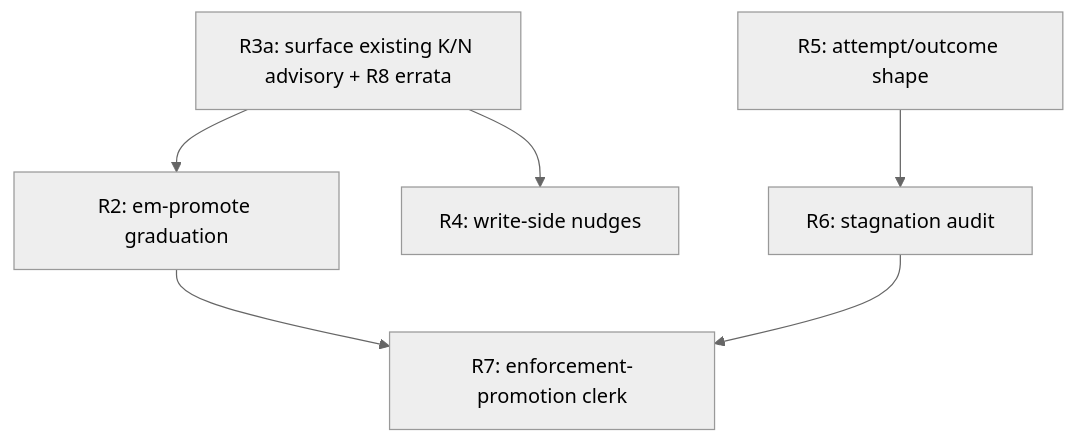
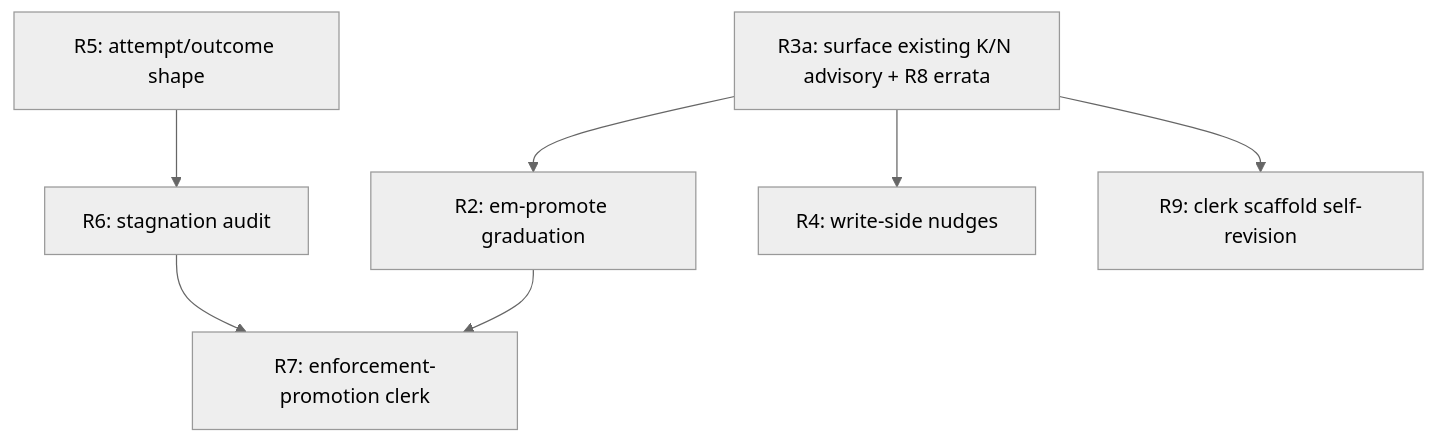
The diagram in docs/rfcs/RFC-012-promotion-arc.md (lantisprime/episodic-memory), drawn with Mermaid (neutral theme) before and after one commit. The commit also changed other lines of this file, not shown here.

Commit message:
RFC-012: fold AutoMem-cheap clerk requirements (R9a-c) + prior-art corroboration

````diff
--- a/docs/rfcs/RFC-012-promotion-arc.md
+++ b/docs/rfcs/RFC-012-promotion-arc.md
@@ -141,15 +150,18 @@
 ```mermaid
 graph TD
     R3a[R3a: surface existing K/N advisory + R8 errata]
     R2[R2: em-promote graduation]
     R5[R5: attempt/outcome shape]
     R6[R6: stagnation audit]
     R4[R4: write-side nudges]
     R7[R7: enforcement-promotion clerk]
 
+    R9[R9: clerk scaffold self-revision]
+
     R3a --> R2
     R5 --> R6
     R3a --> R4
     R2 --> R7
     R6 --> R7
+    R3a --> R9
 ```
````
